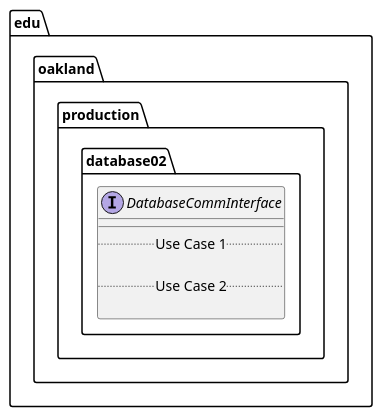
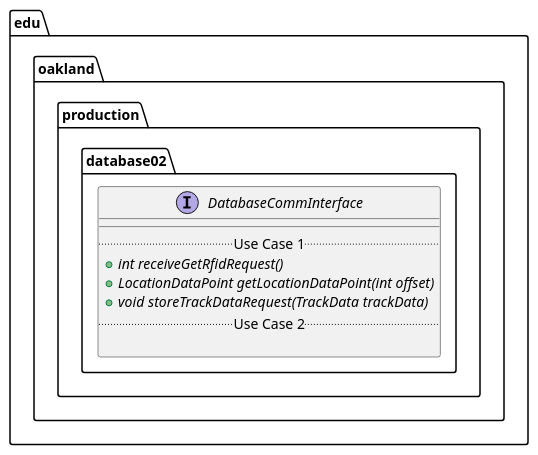
Before and after one commit to elilley15/csi-3370-software-project: the diagram in docs/uml-class-diagrams/database02/production/DatabaseCommInterface/DatabaseCommInterface.puml, drawn with PlantUML. The commit also changed 7 other files, not shown here.

First line of the commit message:
[Database] Added Database Public Interface UML Class Diagrams (#12)

```diff
--- a/docs/uml-class-diagrams/database02/production/DatabaseCommInterface/DatabaseCommInterface.puml
+++ b/docs/uml-class-diagrams/database02/production/DatabaseCommInterface/DatabaseCommInterface.puml
@@ -1,13 +1,15 @@
 @startuml DatabaseCommInterface
 
 package edu.oakland.production.database02 {
     interface DatabaseCommInterface {
         __
         .. Use Case 1 ..
-
+        {abstract} + int receiveGetRfidRequest()
+        {abstract} + LocationDataPoint getLocationDataPoint(int offset)
+        {abstract} + void storeTrackDataRequest(TrackData trackData)
         .. Use Case 2 ..
 
     }
 }
 
 @enduml
```
